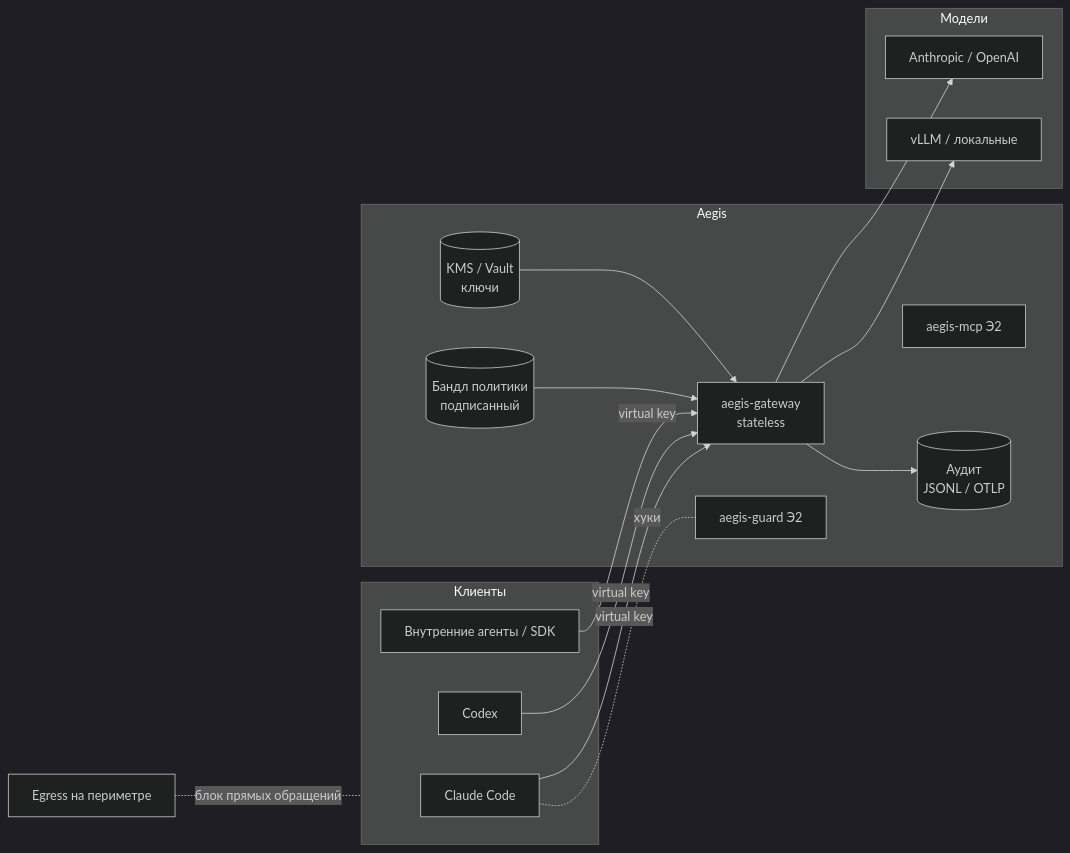
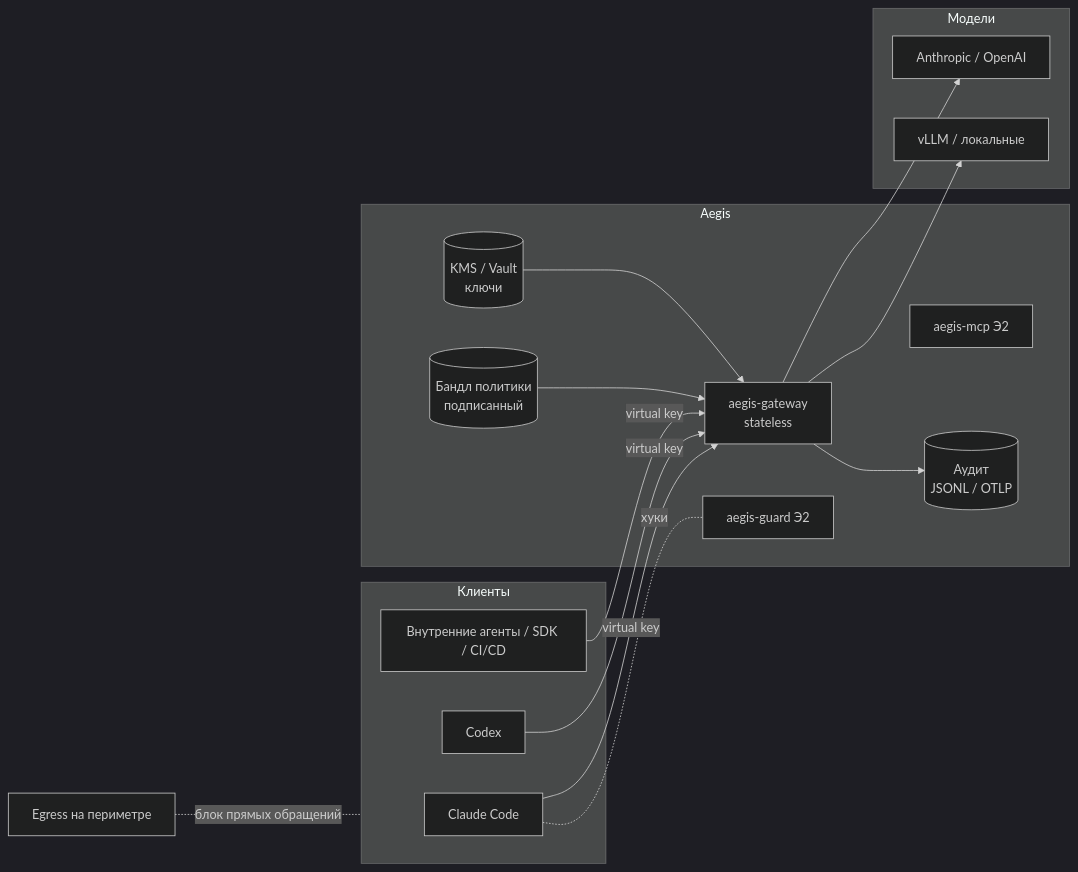
One commit to Paffin/Aegis changed the diagram in docs/SPEC.md. Above: the diagram before and after it, drawn with Mermaid (dark theme). The commit also changed other lines of this file and 1 other file, not shown here.

````diff
--- a/docs/SPEC.md
+++ b/docs/SPEC.md
@@ -153,27 +163,27 @@
 ```mermaid
 flowchart LR
   subgraph Clients[Клиенты]
     CC[Claude Code]
     CX[Codex]
-    IA[Внутренние агенты / SDK]
+    IA[Внутренние агенты / SDK / CI/CD]
   end
   subgraph Aegis
     GW[aegis-gateway<br/>stateless]
     G[aegis-guard Э2]
     M[aegis-mcp Э2]
     B[(Бандл политики<br/>подписанный)]
     K[(KMS / Vault<br/>ключи)]
     A[(Аудит<br/>JSONL / OTLP)]
   end
   subgraph Models[Модели]
     EXT[Anthropic / OpenAI]
     LOC[vLLM / локальные]
   end
   CC & CX & IA -->|virtual key| GW
   CC -.хуки.- G
   GW --> EXT & LOC
   B --> GW
   K --> GW
   GW --> A
   FW[Egress на периметре] -.блок прямых обращений.- Clients
 ```
````
